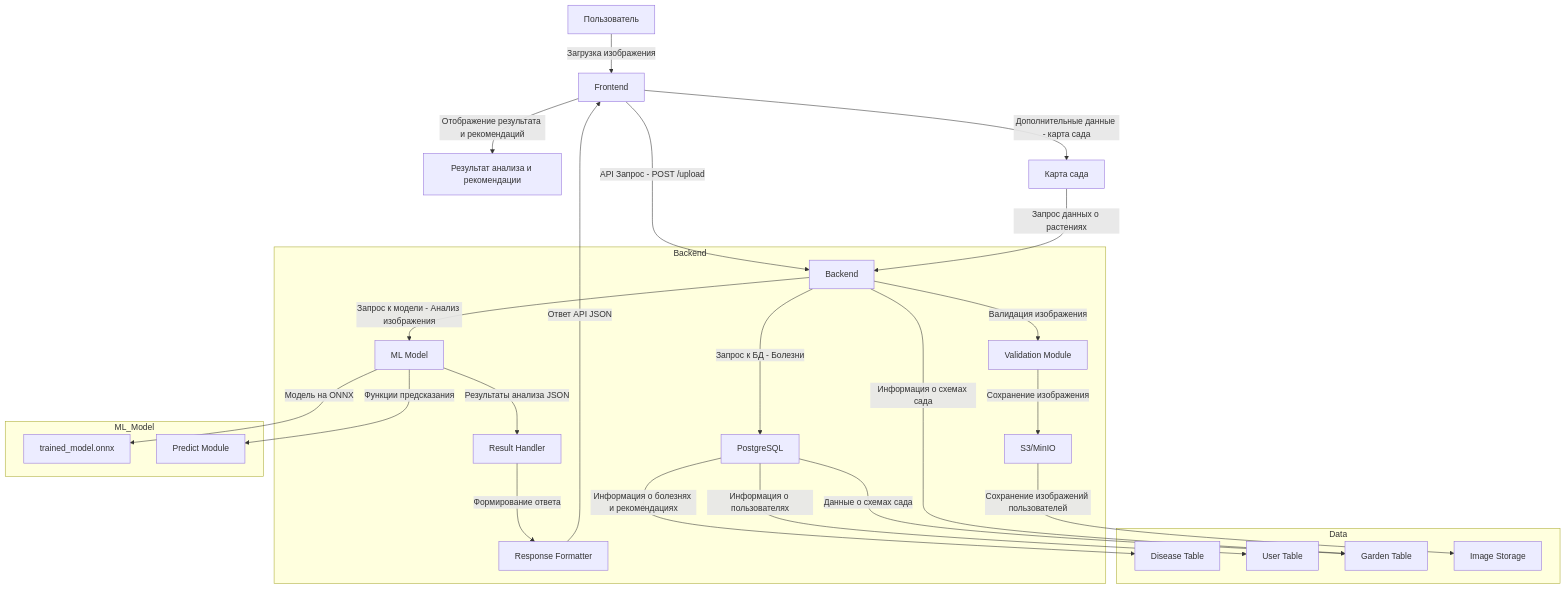
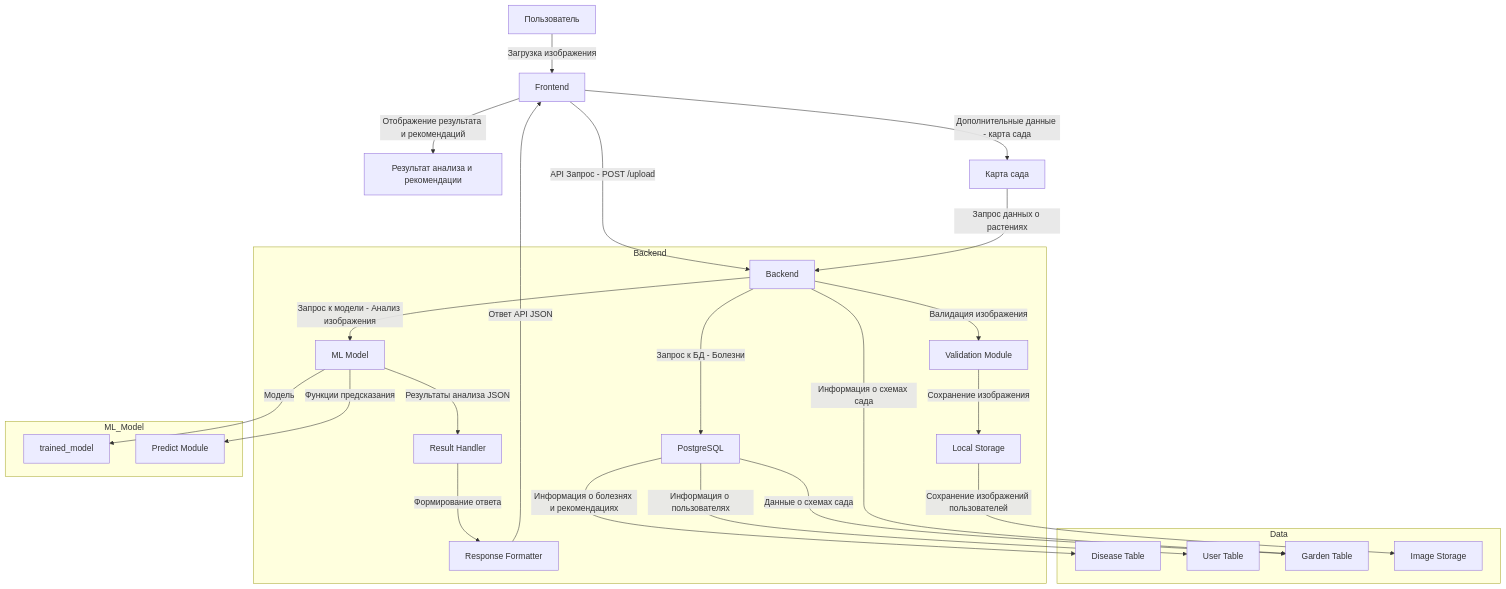
The second of 2 diagrams in docs/architecture.md (khnychenkoav/PlantDiseaseDetector), drawn with Mermaid before and after one commit. The commit also changed other lines of this file and 1 other file, not shown here.

Commit message:
docs: update README and architecture documentation to reflect backend changes and local storage usage

````diff
--- a/docs/architecture.md
+++ b/docs/architecture.md
@@ -40,41 +40,39 @@
 ```mermaid
 graph TD
     %% Пользовательский поток
     A[Пользователь] -->|Загрузка изображения| B[Frontend]
     B -->|API Запрос - POST /upload| C[Backend]
 
     %% Поток обработки в Backend
     subgraph Backend
         C -->|Валидация изображения| C_validate[Validation Module]
-        C_validate -->|Сохранение изображения| F[S3/MinIO]
+        C_validate -->|Сохранение изображения| F[Local Storage]
         C -->|Запрос к модели - Анализ изображения| D[ML Model]
         D -->|Результаты анализа JSON| C_result[Result Handler]
         C -->|Запрос к БД - Болезни| E[PostgreSQL]
         C_result -->|Формирование ответа| C_response[Response Formatter]
     end
 
     %% ML Model взаимодействия
     subgraph ML_Model
-        D -->|Модель на ONNX| D_onnx[trained_model.onnx]
+        D -->|Модель| D_onnx[trained_model]
         D -->|Функции предсказания| D_utils[Predict Module]
     end
 
     %% База данных и хранилище
     subgraph Data
         E -->|Информация о болезнях и рекомендациях| E_disease[Disease Table]
         E -->|Информация о пользователях| E_user[User Table]
         E -->|Данные о схемах сада| E_garden[Garden Table]
         F -->|Сохранение изображений пользователей| F_images[Image Storage]
     end
 
     %% Ответы пользователю
     C_response -->|Ответ API JSON| B
     B -->|Отображение результата и рекомендаций| G[Результат анализа и рекомендации]
     B -->|Дополнительные данные - карта сада| H[Карта сада]
 
     %% Интерактивность
     H -->|Запрос данных о растениях| C
     C -->|Информация о схемах сада| E_garden
-
-
 ```
````
